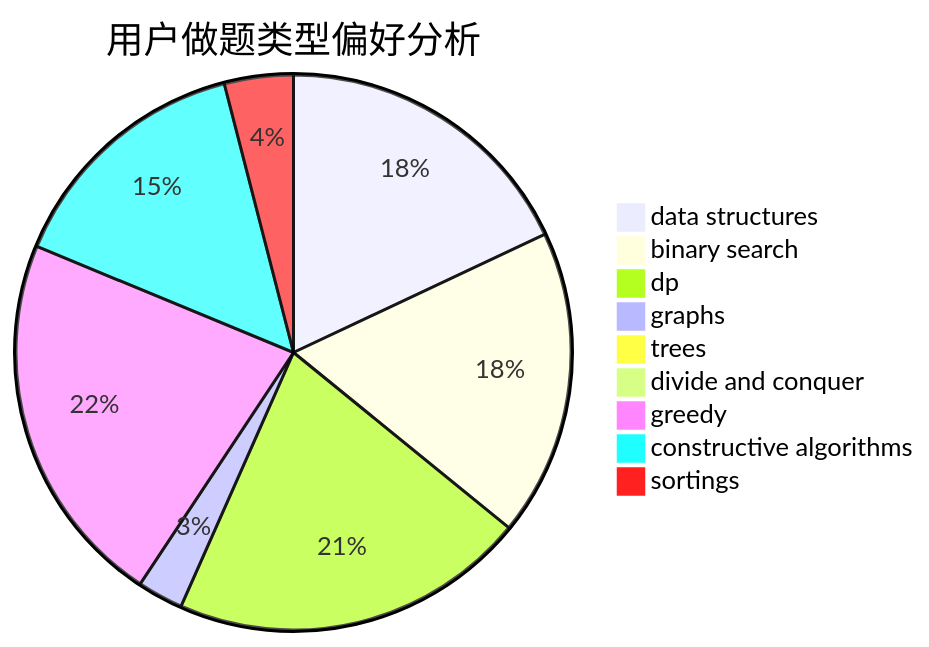
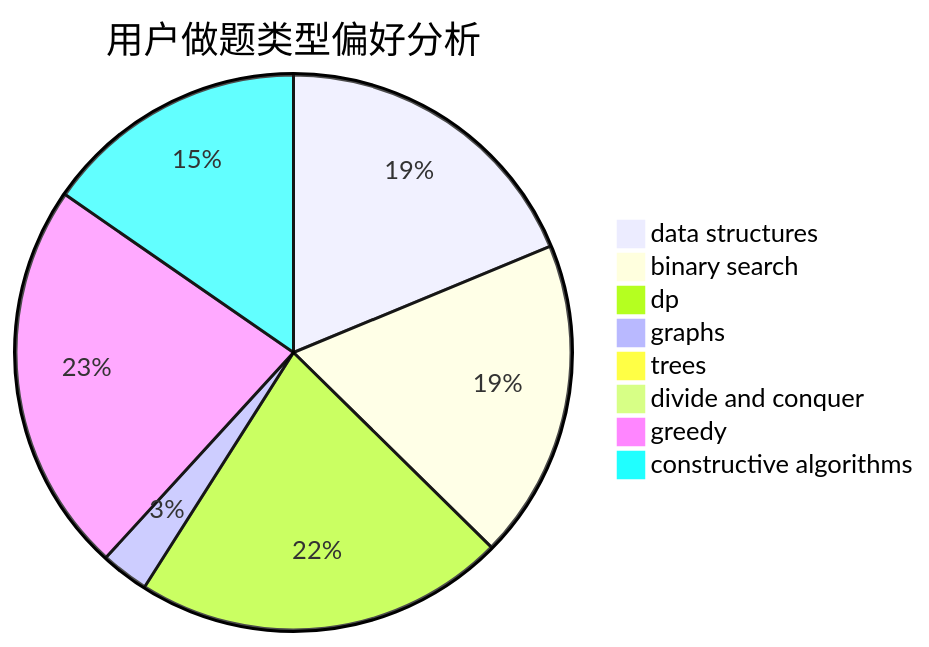
Before and after one commit to sherpahu/cfrs.github.io: the second of 3 diagrams in docs/user/u1364.md, drawn with Mermaid. The commit also changed other lines of this file and 2769 other files, not shown here.

````diff
--- a/docs/user/u1364.md
+++ b/docs/user/u1364.md
@@ -18,12 +18,11 @@
 ```mermaid
 pie title 用户做题类型偏好分析
     "data structures" :  404
     "binary search" :  401
     "dp" :  466
     "graphs" :  60
     "trees" :  8
     "divide and conquer" :  1
     "greedy" :  492
     "constructive algorithms" :  331
-    "sortings" :  90
 ```
````
